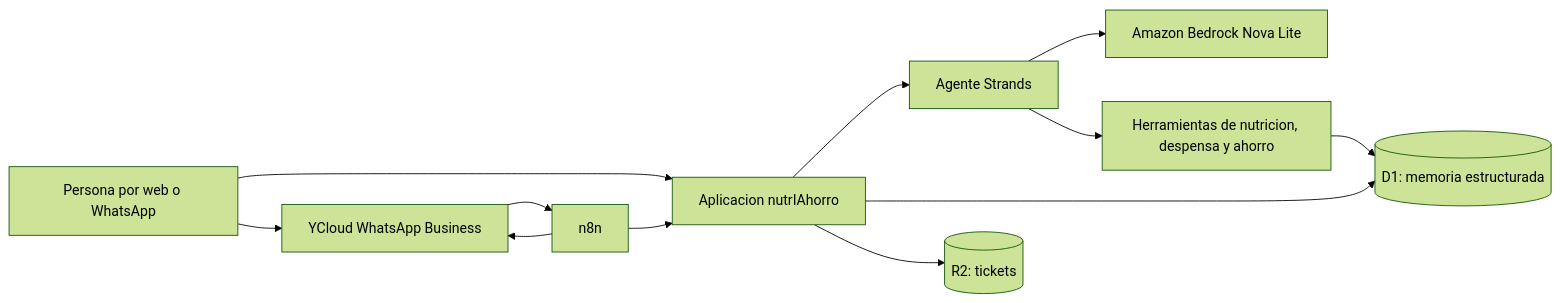
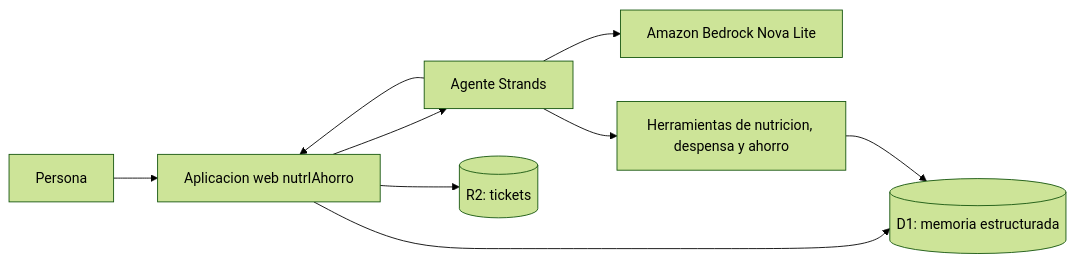
Before and after one commit to listoautomatizate/nutriahorro-agents-for-humans: the diagram in docs/architecture.md, drawn with Mermaid (forest theme). The commit also changed other lines of this file and 18 other files, not shown here.

````diff
--- a/docs/architecture.md
+++ b/docs/architecture.md
@@ -3,14 +3,11 @@
 ```mermaid
 flowchart LR
-    U[Persona por web o WhatsApp] --> W[Aplicacion nutrIAhorro]
-    U --> YC[YCloud WhatsApp Business]
-    YC --> N[n8n]
-    N --> W
+    U[Persona] --> W[Aplicacion web nutrIAhorro]
     W --> A[Agente Strands]
     A --> B[Amazon Bedrock Nova Lite]
     A --> T[Herramientas de nutricion, despensa y ahorro]
     W --> D[(D1: memoria estructurada)]
     W --> R[(R2: tickets)]
     T --> D
-    N --> YC
+    A --> W
 ```
````
